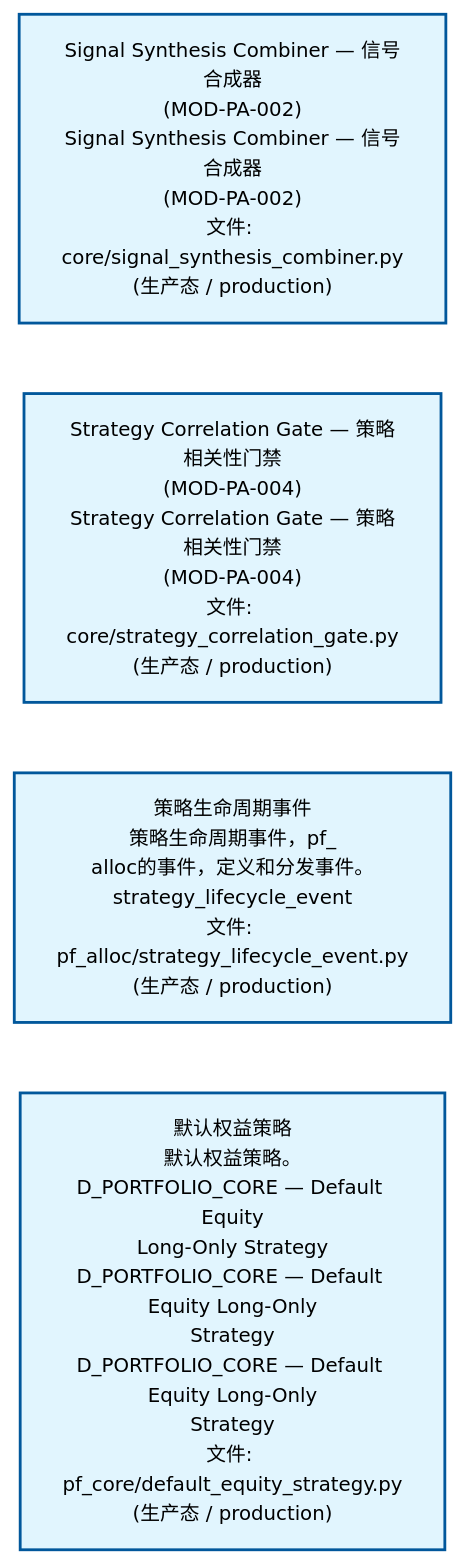
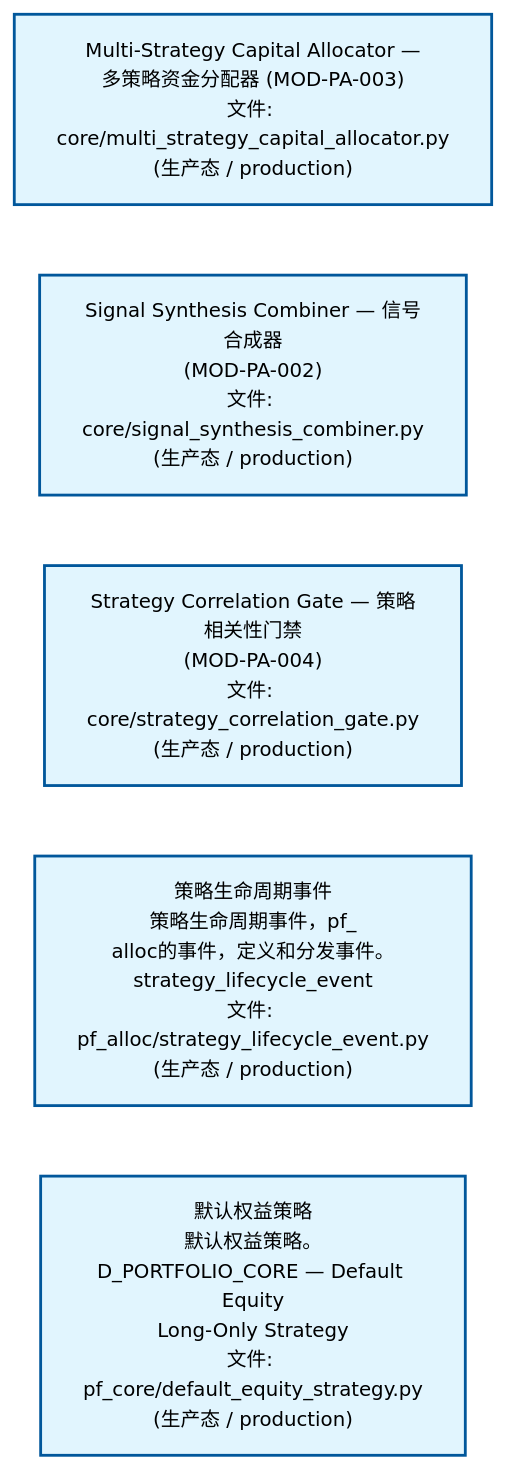
One commit to xuanFelixVan/ZephyrAlpha changed the second of 4 diagrams in docs/02_enterprise_architecture/02_domain_architecture_docs/62_d_pf_alloc.md. Above: the diagram before and after it, drawn with Mermaid. The commit also changed other lines of this file and 60 other files, not shown here.

````diff
--- a/docs/02_enterprise_architecture/02_domain_architecture_docs/62_d_pf_alloc.md
+++ b/docs/02_enterprise_architecture/02_domain_architecture_docs/62_d_pf_alloc.md
@@ -96,16 +99,18 @@
 ```mermaid
 %%{init: {'theme': 'base', 'themeVariables': {'primaryColor': '#eaeaea', 'primaryTextColor': '#333333', 'primaryBorderColor': '#666666', 'lineColor': '#666666', 'secondaryColor': '#eaeaea', 'tertiaryColor': '#eaeaea', 'fontSize': '14px'}}}%%
 flowchart TD
-    src_zephyr_pf_alloc_core_signal_synthesis_combiner_py["Signal Synthesis Combiner — 信号合成器<br/>(MOD-PA-002)<br/>Signal Synthesis Combiner — 信号合成器<br/>(MOD-PA-002)<br/>文件: core/signal_synthesis_combiner.py<br/>(生产态 / production)"]
-    src_zephyr_pf_alloc_core_strategy_correlation_gate_py["Strategy Correlation Gate — 策略相关性门禁<br/>(MOD-PA-004)<br/>Strategy Correlation Gate — 策略相关性门禁<br/>(MOD-PA-004)<br/>文件: core/strategy_correlation_gate.py<br/>(生产态 / production)"]
+    src_zephyr_pf_alloc_core_multi_strategy_capital_allocator_py["Multi-Strategy Capital Allocator —<br/>多策略资金分配器 (MOD-PA-003)<br/>文件: core/multi_strategy_capital_allocator.py<br/>(生产态 / production)"]
+    src_zephyr_pf_alloc_core_signal_synthesis_combiner_py["Signal Synthesis Combiner — 信号合成器<br/>(MOD-PA-002)<br/>文件: core/signal_synthesis_combiner.py<br/>(生产态 / production)"]
+    src_zephyr_pf_alloc_core_strategy_correlation_gate_py["Strategy Correlation Gate — 策略相关性门禁<br/>(MOD-PA-004)<br/>文件: core/strategy_correlation_gate.py<br/>(生产态 / production)"]
     src_zephyr_pf_alloc_strategy_lifecycle_event_py["策略生命周期事件<br/>策略生命周期事件，pf_<br/>alloc的事件，定义和分发事件。<br/>strategy_lifecycle_event<br/>文件: pf_alloc/strategy_lifecycle_event.py<br/>(生产态 / production)"]
-    src_zephyr_pf_core_default_equity_strategy_py["默认权益策略<br/>默认权益策略。D_PORTFOLIO_CORE — Default Equity<br/>Long-Only Strategy<br/>D_PORTFOLIO_CORE — Default Equity Long-Only<br/>Strategy<br/>D_PORTFOLIO_CORE — Default Equity Long-Only<br/>Strategy<br/>文件: pf_core/default_equity_strategy.py<br/>(生产态 / production)"]
+    src_zephyr_pf_core_default_equity_strategy_py["默认权益策略<br/>默认权益策略。D_PORTFOLIO_CORE — Default Equity<br/>Long-Only Strategy<br/>文件: pf_core/default_equity_strategy.py<br/>(生产态 / production)"]
+    src_zephyr_pf_alloc_core_multi_strategy_capital_allocator_py ~~~ src_zephyr_pf_alloc_core_signal_synthesis_combiner_py
     src_zephyr_pf_alloc_core_signal_synthesis_combiner_py ~~~ src_zephyr_pf_alloc_core_strategy_correlation_gate_py
     src_zephyr_pf_alloc_core_strategy_correlation_gate_py ~~~ src_zephyr_pf_alloc_strategy_lifecycle_event_py
     src_zephyr_pf_alloc_strategy_lifecycle_event_py ~~~ src_zephyr_pf_core_default_equity_strategy_py
     classDef production fill:#e1f5fe,stroke:#01579b,stroke-width:2px,color:#000
     classDef design fill:#fff3e0,stroke:#e65100,stroke-width:2px,color:#000,stroke-dasharray: 5 5
     classDef external_prod fill:#e8f4fd,stroke:#0277bd,stroke-width:1px,color:#000
     classDef external_design fill:#fff8e7,stroke:#ef6c00,stroke-width:1px,color:#000,stroke-dasharray: 5 5
-    class src_zephyr_pf_alloc_core_signal_synthesis_combiner_py,src_zephyr_pf_alloc_core_strategy_correlation_gate_py,src_zephyr_pf_alloc_strategy_lifecycle_event_py,src_zephyr_pf_core_default_equity_strategy_py production
+    class src_zephyr_pf_alloc_core_multi_strategy_capital_allocator_py,src_zephyr_pf_alloc_core_signal_synthesis_combiner_py,src_zephyr_pf_alloc_core_strategy_correlation_gate_py,src_zephyr_pf_alloc_strategy_lifecycle_event_py,src_zephyr_pf_core_default_equity_strategy_py production
 ```
````
